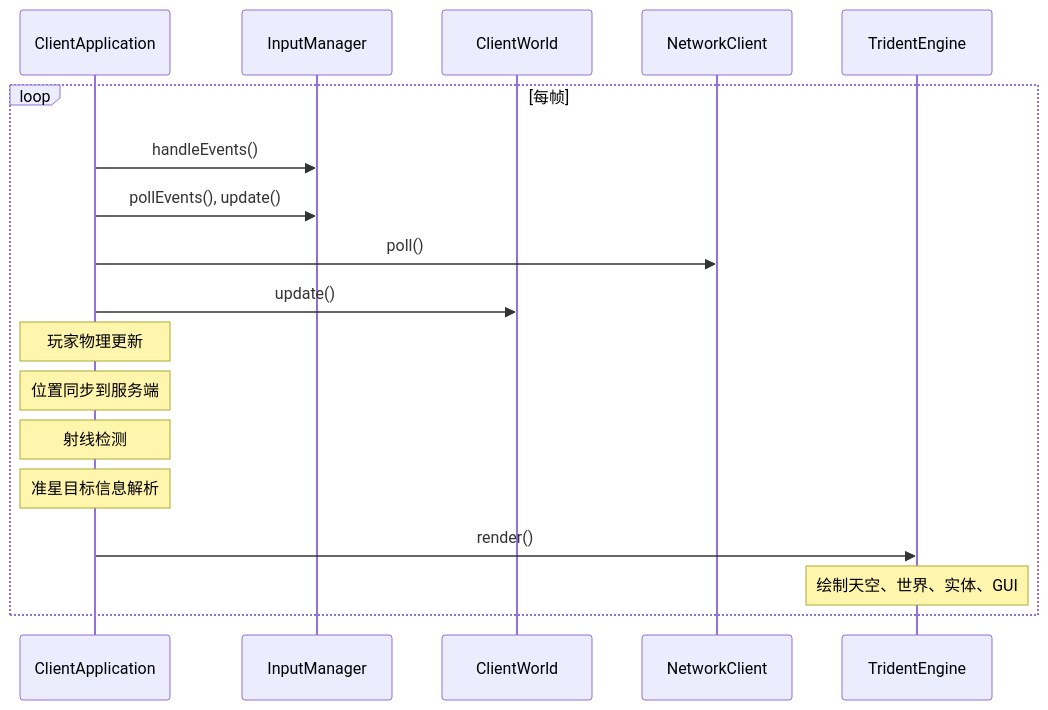
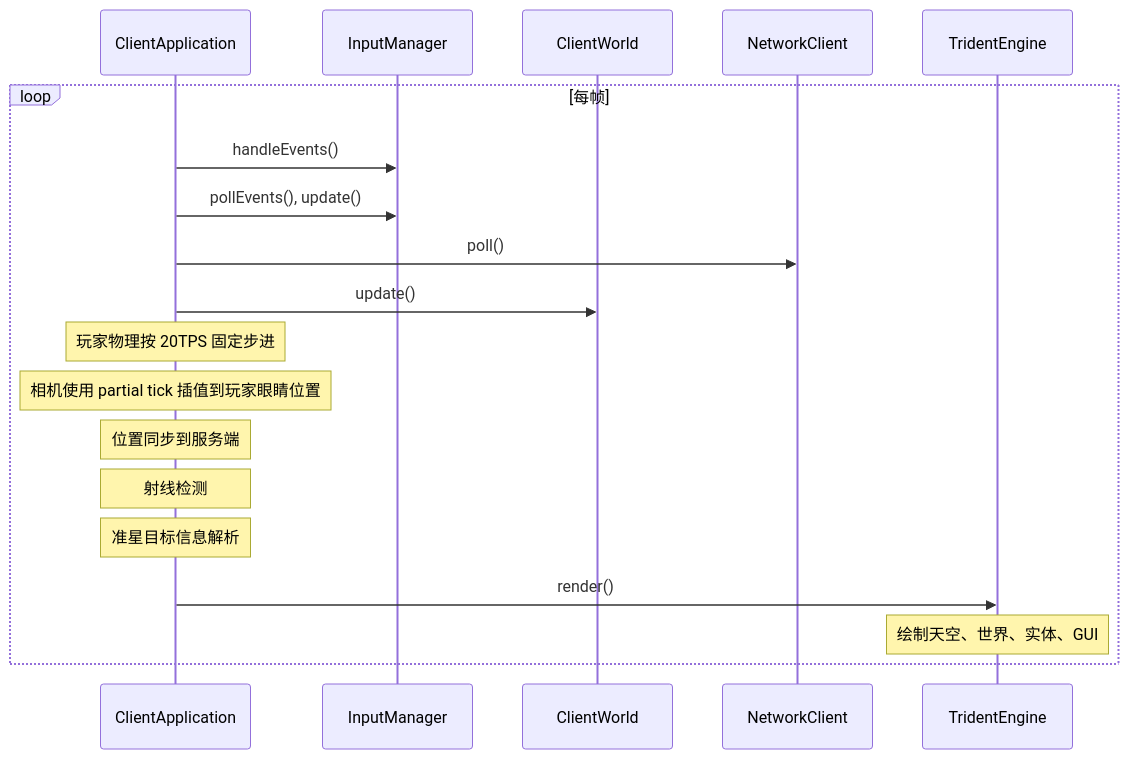
The second of 4 diagrams in src/client/application/README.md (g122622/Cubium), drawn with Mermaid before and after one commit. The commit also changed other lines of this file and 10 other files, not shown here.

````diff
--- a/src/client/application/README.md
+++ b/src/client/application/README.md
@@ -144,24 +144,25 @@
 ```mermaid
 sequenceDiagram
     participant App as ClientApplication
     participant Input as InputManager
     participant World as ClientWorld
     participant Network as NetworkClient
     participant Renderer as TridentEngine
 
     loop 每帧
         App->>Input: handleEvents()
         App->>Input: pollEvents(), update()
 
         App->>Network: poll()
         App->>World: update()
 
-        Note over App: 玩家物理更新
+        Note over App: 玩家物理按 20TPS 固定步进
+        Note over App: 相机使用 partial tick 插值到玩家眼睛位置
         Note over App: 位置同步到服务端
         Note over App: 射线检测
         Note over App: 准星目标信息解析
 
         App->>Renderer: render()
         Note over Renderer: 绘制天空、世界、实体、GUI
     end
 ```
````
